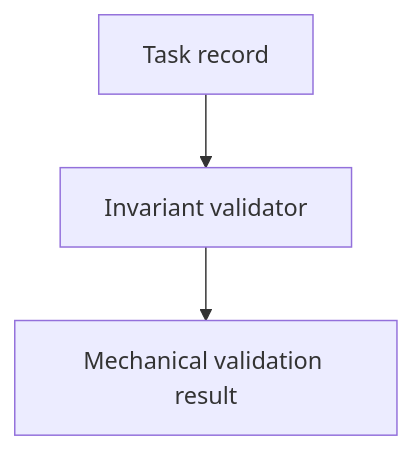
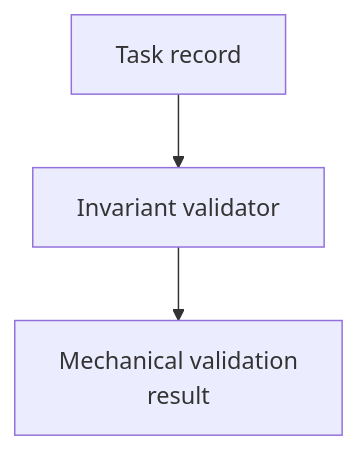
The diagram in components/task-record-validator/as-is.md (abstract-business-systems/as-is), drawn with Mermaid before and after one commit. The commit also changed 47 other files, not shown here.

Commit message:
docs(diagrams): improve Mermaid readability validation

````diff
--- a/components/task-record-validator/as-is.md
+++ b/components/task-record-validator/as-is.md
@@ -19,5 +19,5 @@
 ```mermaid
 flowchart TD
     A["Task record"] --> B["Invariant validator"]
-    B --> C["Mechanical validation result"]
+    B --> C["Mechanical validation<br/>result"]
 ```
````
